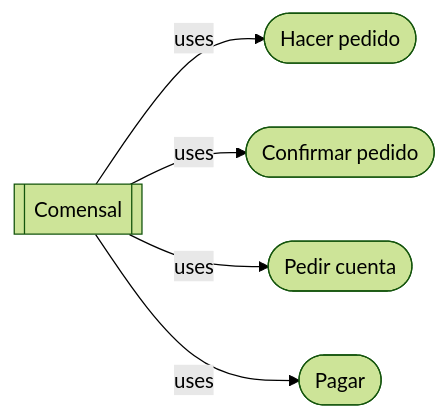
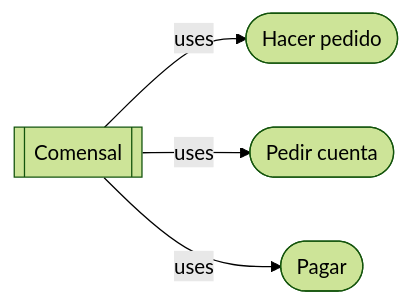
One commit to pabenito/QRest changed the third of 6 diagrams in documentacion/requisitos/casos_de_uso.md. Above: the diagram before and after it, drawn with Mermaid (forest theme). The commit also changed other lines of this file, not shown here.

Commit message:
casos de uso de Hacer Pedido

````diff
--- a/documentacion/requisitos/casos_de_uso.md
+++ b/documentacion/requisitos/casos_de_uso.md
@@ -126,9 +134,8 @@
 ```mermaid
 flowchart LR
   comensal[[Comensal]]
   hacer_pedido([Hacer pedido])
   pagar([Pagar])
-  confirmar_pedido([Confirmar pedido])
   pedir_cuenta([Pedir cuenta])
-  comensal --uses--> hacer_pedido & confirmar_pedido & pedir_cuenta & pagar
+  comensal --uses--> hacer_pedido & pedir_cuenta & pagar
 ```
````
